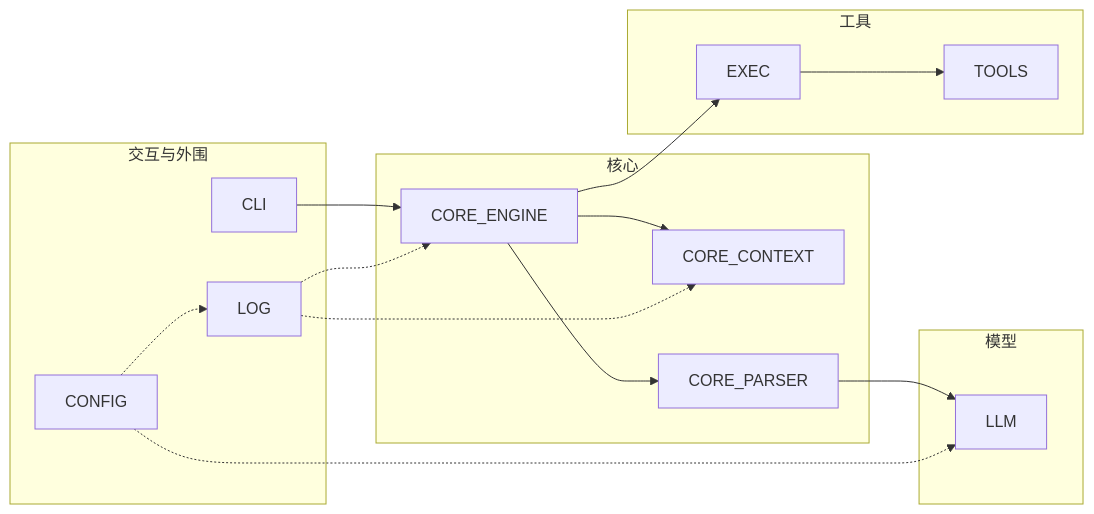
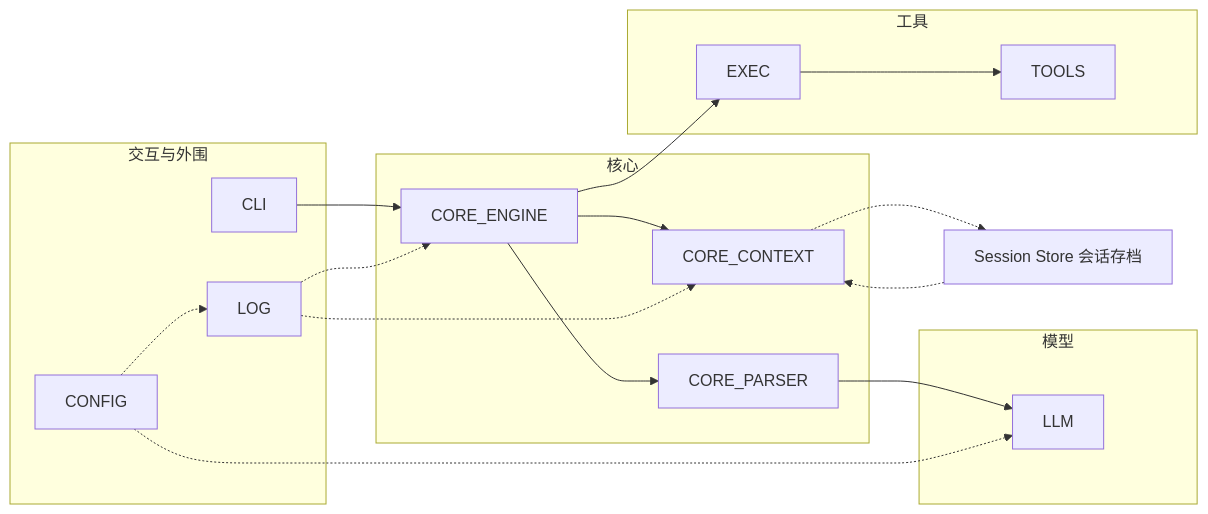
One commit to ISDHN/cyent changed the second of 2 diagrams in Design.md. Above: the diagram before and after it, drawn with Mermaid. The commit also changed other lines of this file and 10 other files, not shown here.

````diff
--- a/Design.md
+++ b/Design.md
@@ -65,30 +66,32 @@
 ```mermaid
 flowchart LR
     subgraph 交互与外围
         CLI
         CONFIG
         LOG
     end
     subgraph 核心
         CORE_CONTEXT
         CORE_ENGINE
         CORE_PARSER
     end
     subgraph 模型
         LLM
     end
     subgraph 工具
         TOOLS
         EXEC
     end
     CLI --> CORE_ENGINE
     CORE_ENGINE --> CORE_CONTEXT
     CORE_ENGINE --> CORE_PARSER
     CORE_PARSER --> LLM
     CORE_ENGINE --> EXEC
     EXEC --> TOOLS
     LOG -.-> CORE_CONTEXT
     LOG -.-> CORE_ENGINE
     CONFIG -.-> LOG
     CONFIG -.-> LLM
+    CORE_CONTEXT -.-> SESSION[Session Store 会话存档]
+    SESSION -.-> CORE_CONTEXT
 ```
````
